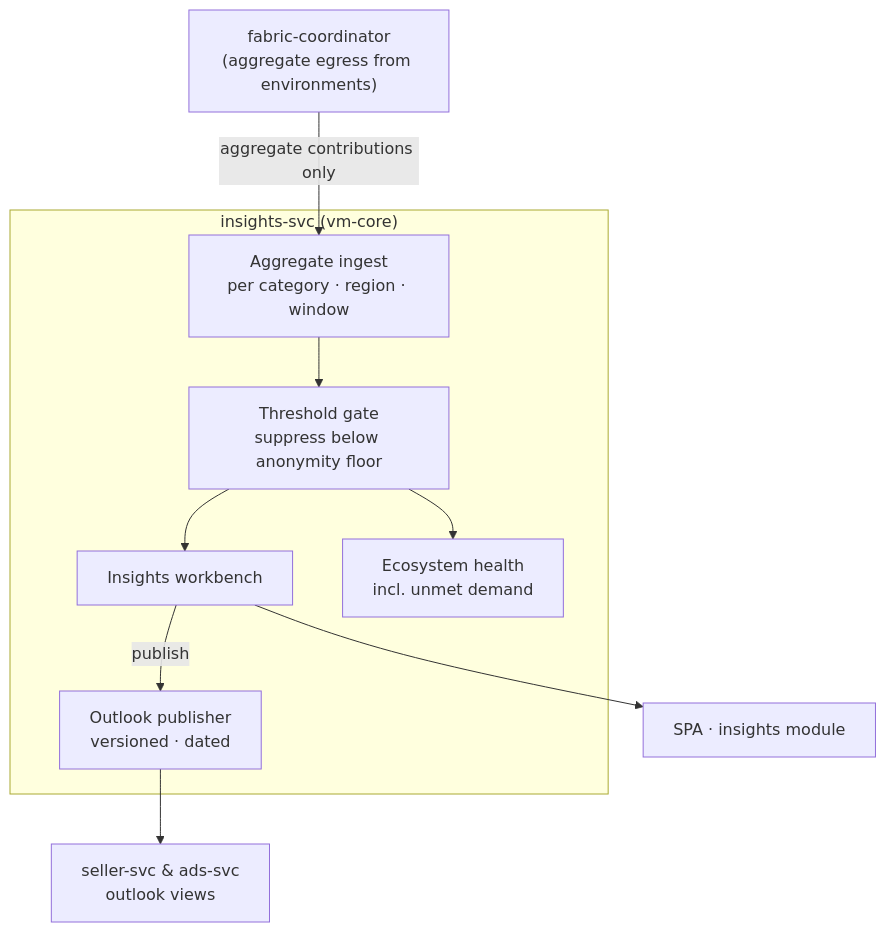
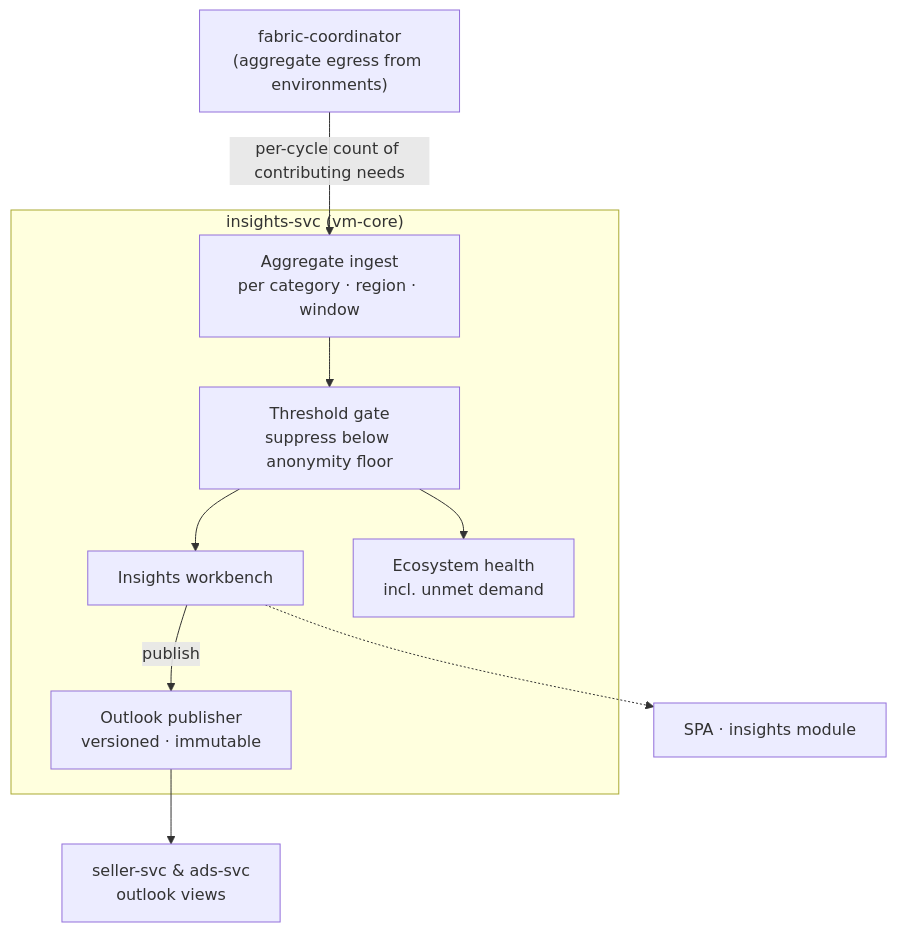
One commit to alius-git/amisad.dev changed the diagram in plan/design/06-insights.md. Above: the diagram before and after it, drawn with Mermaid. The commit also changed other lines of this file and 19 other files, not shown here.

````diff
--- a/plan/design/06-insights.md
+++ b/plan/design/06-insights.md
@@ -7,21 +7,21 @@
 ```mermaid
 flowchart TD
     subgraph svc["insights-svc (vm-core)"]
         ingest["Aggregate ingest<br/>per category · region · window"]
         threshold["Threshold gate<br/>suppress below anonymity floor"]
         workbench["Insights workbench"]
-        outlooks["Outlook publisher<br/>versioned · dated"]
+        outlooks["Outlook publisher<br/>versioned · immutable"]
         health["Ecosystem health<br/>incl. unmet demand"]
     end
     fabric["fabric-coordinator<br/>(aggregate egress from environments)"]
     spa["SPA · insights module"]
     consumers["seller-svc & ads-svc<br/>outlook views"]
 
-    fabric -->|"aggregate contributions only"| ingest
+    fabric -->|"per-cycle count of contributing needs"| ingest
     ingest --> threshold
     threshold --> workbench
     threshold --> health
-    workbench --> spa
+    workbench -.-> spa
     outlooks --> consumers
     workbench -->|"publish"| outlooks
 ```
````
